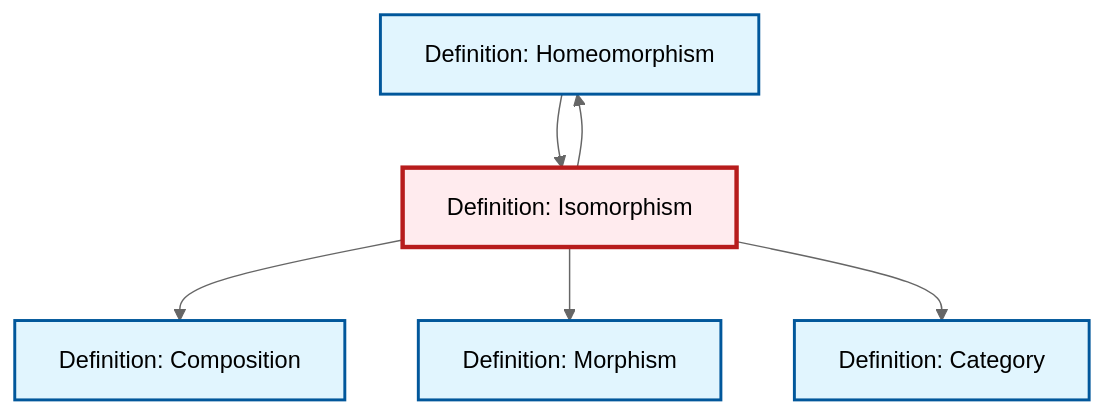
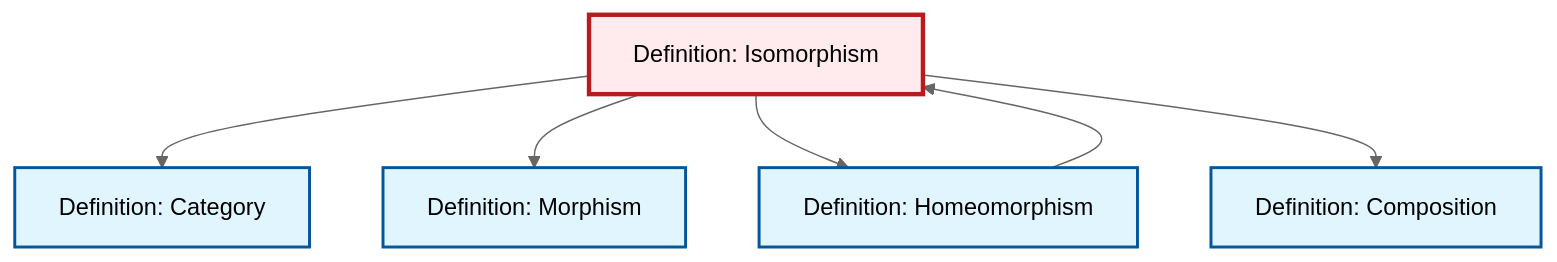
The diagram in content/ja/category-theory/def-isomorphism.qmd (RK0429/ModernMath), drawn with Mermaid (neutral theme) before and after one commit. The commit also changed other lines of this file and 360 other files, not shown here.

````diff
--- a/content/ja/category-theory/def-isomorphism.qmd
+++ b/content/ja/category-theory/def-isomorphism.qmd
@@ -84,24 +84,24 @@
 ```{mermaid}
 %%| fig-cap: "Local dependency graph"
 graph TD
     classDef definition fill:#e1f5fe,stroke:#01579b,stroke-width:2px
     classDef theorem fill:#f3e5f5,stroke:#4a148c,stroke-width:2px
     classDef axiom fill:#fff3e0,stroke:#e65100,stroke-width:2px
     classDef example fill:#e8f5e9,stroke:#1b5e20,stroke-width:2px
     classDef current fill:#ffebee,stroke:#b71c1c,stroke-width:3px
+    def-isomorphism["Definition: Isomorphism"]:::definition
+    def-morphism["Definition: Morphism"]:::definition
     def-composition["Definition: Composition"]:::definition
     def-category["Definition: Category"]:::definition
     def-homeomorphism["Definition: Homeomorphism"]:::definition
-    def-morphism["Definition: Morphism"]:::definition
-    def-isomorphism["Definition: Isomorphism"]:::definition
-    def-isomorphism --> def-composition
+    def-isomorphism --> def-category
+    def-homeomorphism --> def-isomorphism
     def-isomorphism --> def-morphism
     def-isomorphism --> def-homeomorphism
-    def-homeomorphism --> def-isomorphism
-    def-isomorphism --> def-category
+    def-isomorphism --> def-composition
     class def-isomorphism current
+    click def-morphism "def-morphism.html" "Definition: Morphismへ"
     click def-composition "def-composition.html" "Definition: Compositionへ"
     click def-category "def-category.html" "Definition: Categoryへ"
     click def-homeomorphism "def-homeomorphism.html" "Definition: Homeomorphismへ"
-    click def-morphism "def-morphism.html" "Definition: Morphismへ"
 ```
````
